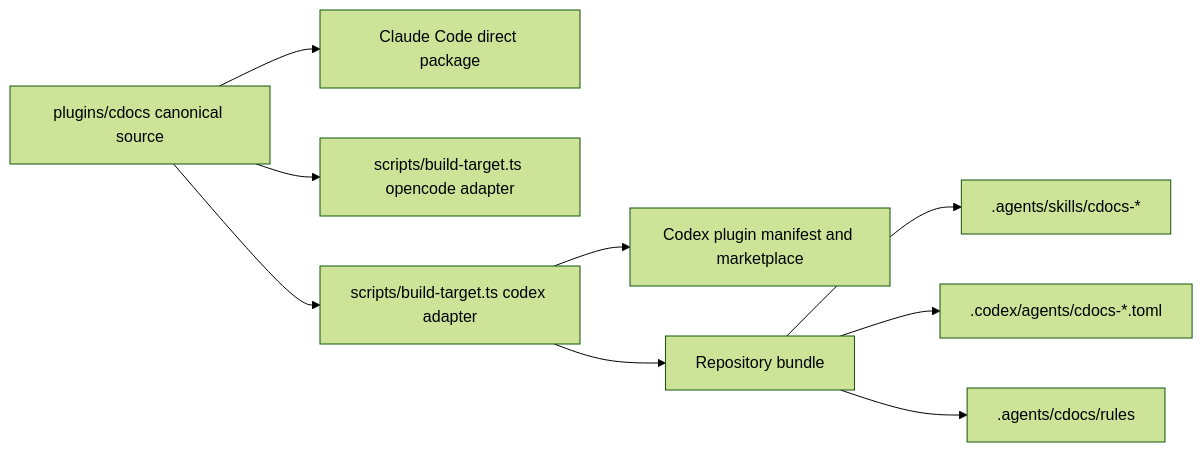
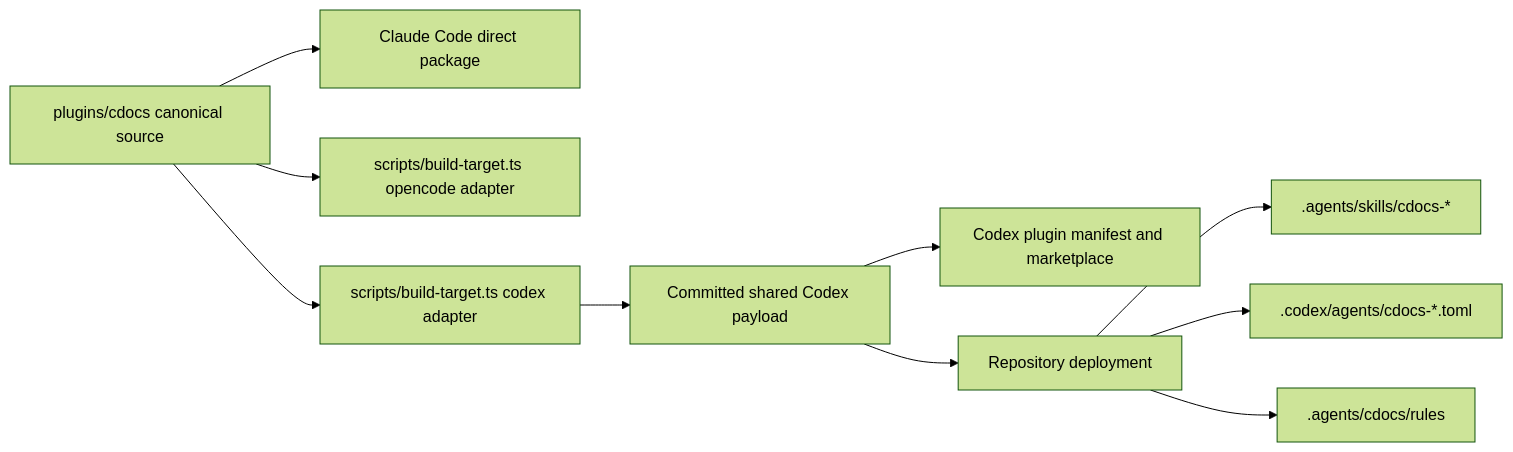
Before and after one commit to weftwiseink/clauthier: the diagram in cdocs/proposals/2026-08-31-canonical-codex-support.md, drawn with Mermaid (forest theme). The commit also changed other lines of this file and 2 other files, not shown here.

Commit message:
docs(cdocs): resolve Codex proposal review

````diff
--- a/cdocs/proposals/2026-08-31-canonical-codex-support.md
+++ b/cdocs/proposals/2026-08-31-canonical-codex-support.md
@@ -97,11 +102,12 @@
 ```mermaid
 flowchart LR
     S[plugins/cdocs canonical source] --> C[Claude Code direct package]
     S --> O[scripts/build-target.ts opencode adapter]
     S --> X[scripts/build-target.ts codex adapter]
-    X --> P[Codex plugin manifest and marketplace]
-    X --> R[Repository bundle]
+    X --> G[Committed shared Codex payload]
+    G --> P[Codex plugin manifest and marketplace]
+    G --> R[Repository deployment]
     R --> RS[.agents/skills/cdocs-*]
     R --> RA[.codex/agents/cdocs-*.toml]
     R --> RR[.agents/cdocs/rules]
 ```
````
